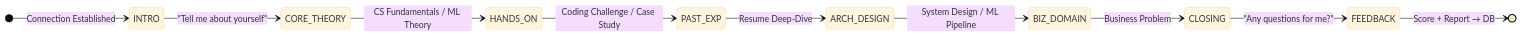
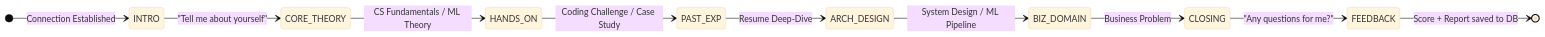
The eighth of 12 diagrams in README.md (Anil-Pradhan-web/ai-career-mentor), drawn with Mermaid (base theme) before and after one commit. The commit also changed other lines of this file and 2 other files, not shown here.

Commit message:
docs: add high-resolution system architecture diagram image to README.md and ARCHITECTURE.md

````diff
--- a/README.md
+++ b/README.md
@@ -385,13 +385,13 @@
 ```mermaid
 stateDiagram-v2
     direction LR
     [*] --> INTRO : Connection Established
     INTRO --> CORE_THEORY : "Tell me about yourself"
     CORE_THEORY --> HANDS_ON : CS Fundamentals / ML Theory
     HANDS_ON --> PAST_EXP : Coding Challenge / Case Study
     PAST_EXP --> ARCH_DESIGN : Resume Deep-Dive
     ARCH_DESIGN --> BIZ_DOMAIN : System Design / ML Pipeline
     BIZ_DOMAIN --> CLOSING : Business Problem
     CLOSING --> FEEDBACK : "Any questions for me?"
-    FEEDBACK --> [*] : Score + Report → DB
+    FEEDBACK --> [*] : Score + Report saved to DB
 ```
````
